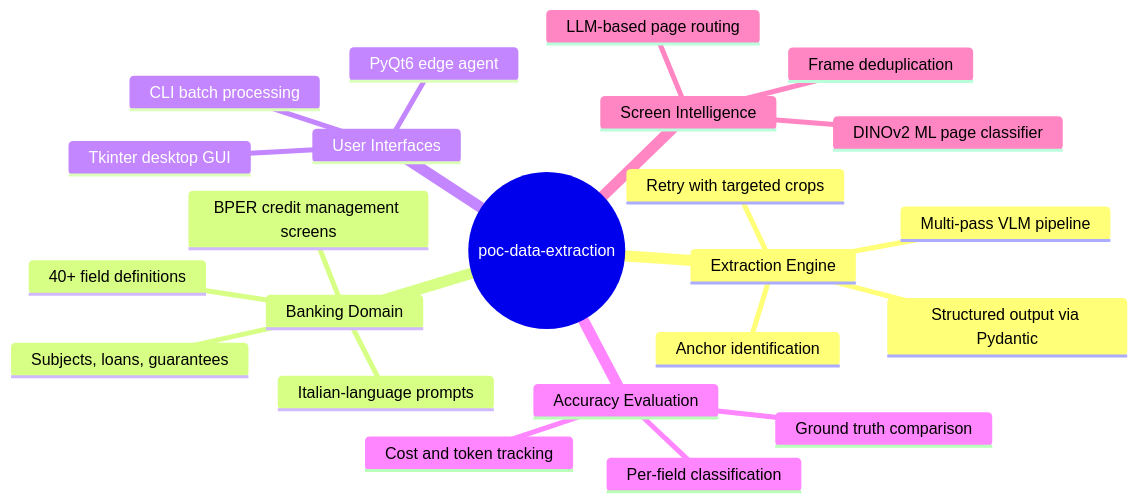
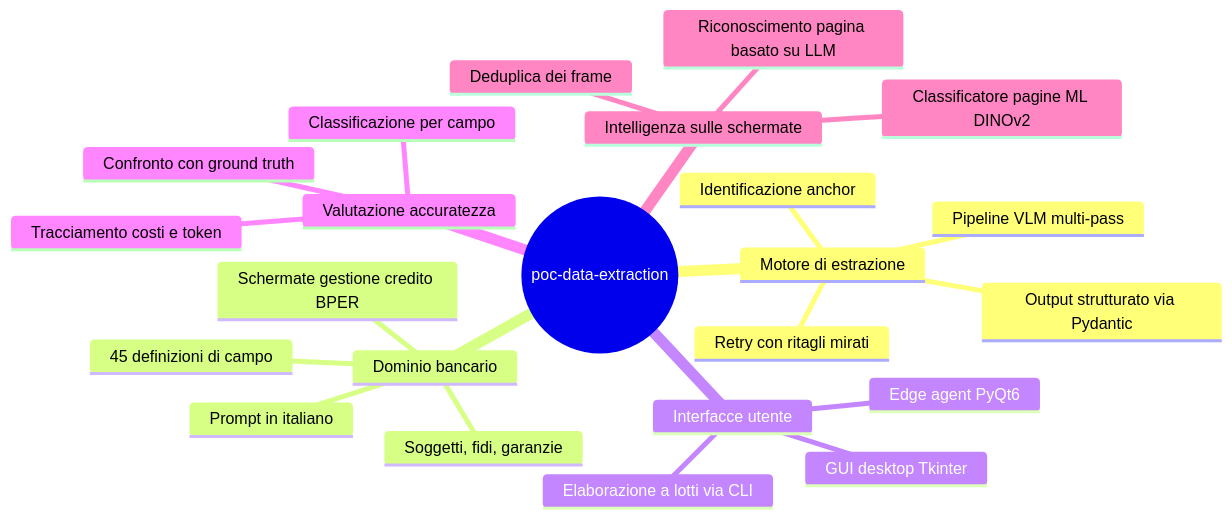
One commit to acaprino/MOL-BPER-OCR changed the diagram in docs-alfio/01-overview.md. Above: the diagram before and after it, drawn with Mermaid. The commit also changed other lines of this file and 13 other files, not shown here.

````diff
--- a/docs-alfio/01-overview.md
+++ b/docs-alfio/01-overview.md
@@ -7,26 +7,26 @@
 ```mermaid
 mindmap
   root((poc-data-extraction))
-    Extraction Engine
-      Multi-pass VLM pipeline
-      Anchor identification
-      Retry with targeted crops
-      Structured output via Pydantic
-    Banking Domain
-      BPER credit management screens
-      40+ field definitions
-      Subjects, loans, guarantees
-      Italian-language prompts
-    User Interfaces
-      CLI batch processing
-      Tkinter desktop GUI
-      PyQt6 edge agent
-    Accuracy Evaluation
-      Ground truth comparison
-      Per-field classification
-      Cost and token tracking
-    Screen Intelligence
-      DINOv2 ML page classifier
-      LLM-based page routing
-      Frame deduplication
+    Motore di estrazione
+      Pipeline VLM multi-pass
+      Identificazione anchor
+      Retry con ritagli mirati
+      Output strutturato via Pydantic
+    Dominio bancario
+      Schermate gestione credito BPER
+      45 definizioni di campo
+      Soggetti, fidi, garanzie
+      Prompt in italiano
+    Interfacce utente
+      Elaborazione a lotti via CLI
+      GUI desktop Tkinter
+      Edge agent PyQt6
+    Valutazione accuratezza
+      Confronto con ground truth
+      Classificazione per campo
+      Tracciamento costi e token
+    Intelligenza sulle schermate
+      Classificatore pagine ML DINOv2
+      Riconoscimento pagina basato su LLM
+      Deduplica dei frame
 ```
````
